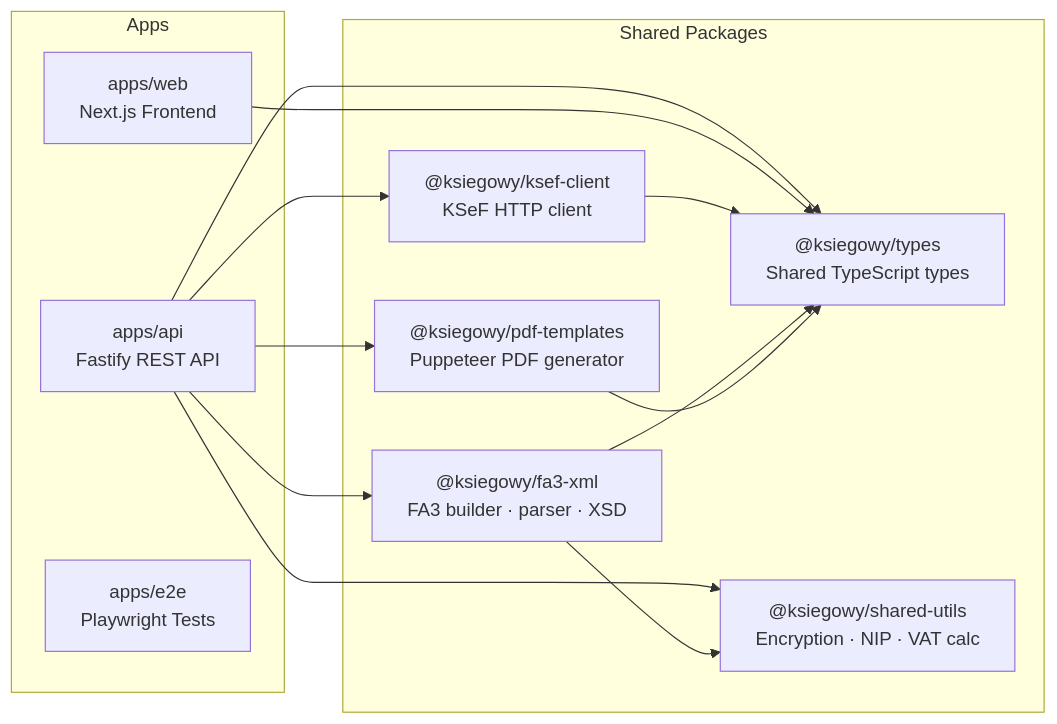
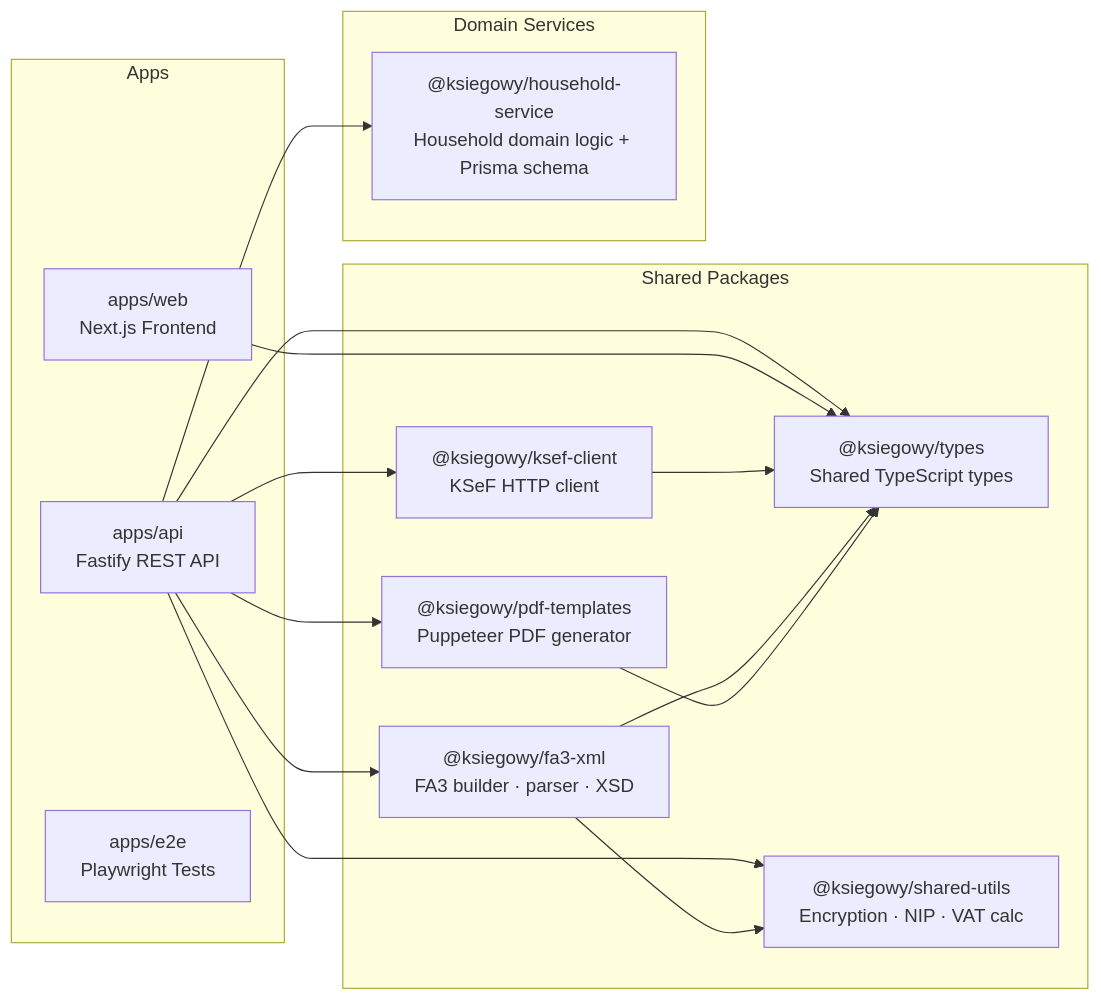
One commit to DriveToTech/ksiegowy-vibe changed the eighth of 9 diagrams in docs/architecture.md. Above: the diagram before and after it, drawn with Mermaid. The commit also changed other lines of this file and 131 other files, not shown here.

````diff
--- a/docs/architecture.md
+++ b/docs/architecture.md
@@ -286,29 +286,34 @@
 ```mermaid
 flowchart LR
     subgraph apps["Apps"]
         API["apps/api\nFastify REST API"]
         WEB["apps/web\nNext.js Frontend"]
         E2E["apps/e2e\nPlaywright Tests"]
     end
 
     subgraph packages["Shared Packages"]
         TYPES["@ksiegowy/types\nShared TypeScript types"]
         UTILS["@ksiegowy/shared-utils\nEncryption · NIP · VAT calc"]
         KSEF["@ksiegowy/ksef-client\nKSeF HTTP client"]
         FA3["@ksiegowy/fa3-xml\nFA3 builder · parser · XSD"]
         PDF["@ksiegowy/pdf-templates\nPuppeteer PDF generator"]
     end
 
+    subgraph services["Domain Services"]
+        HOUSEHOLD["@ksiegowy/household-service\nHousehold domain logic + Prisma schema"]
+    end
+
     API --> TYPES
     API --> UTILS
     API --> KSEF
     API --> FA3
     API --> PDF
+    API --> HOUSEHOLD
 
     WEB --> TYPES
 
     KSEF --> TYPES
     FA3 --> TYPES
     FA3 --> UTILS
     PDF --> TYPES
 ```
````
